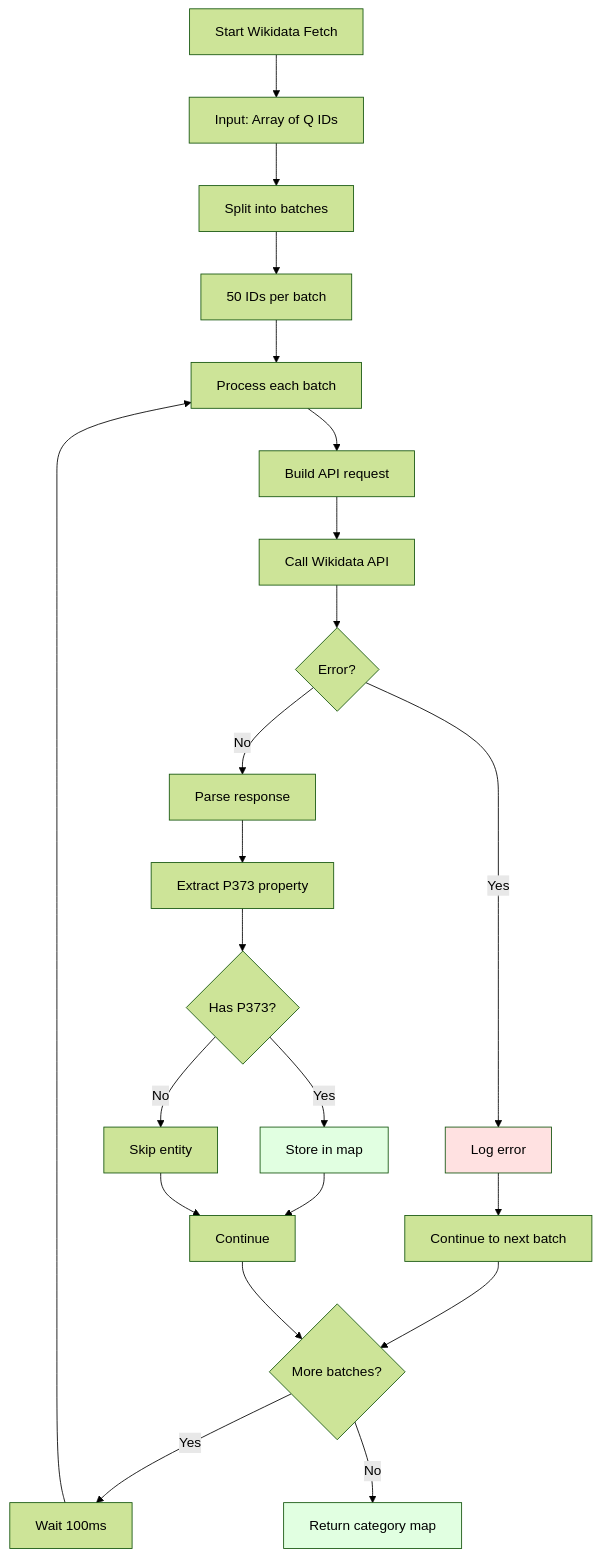
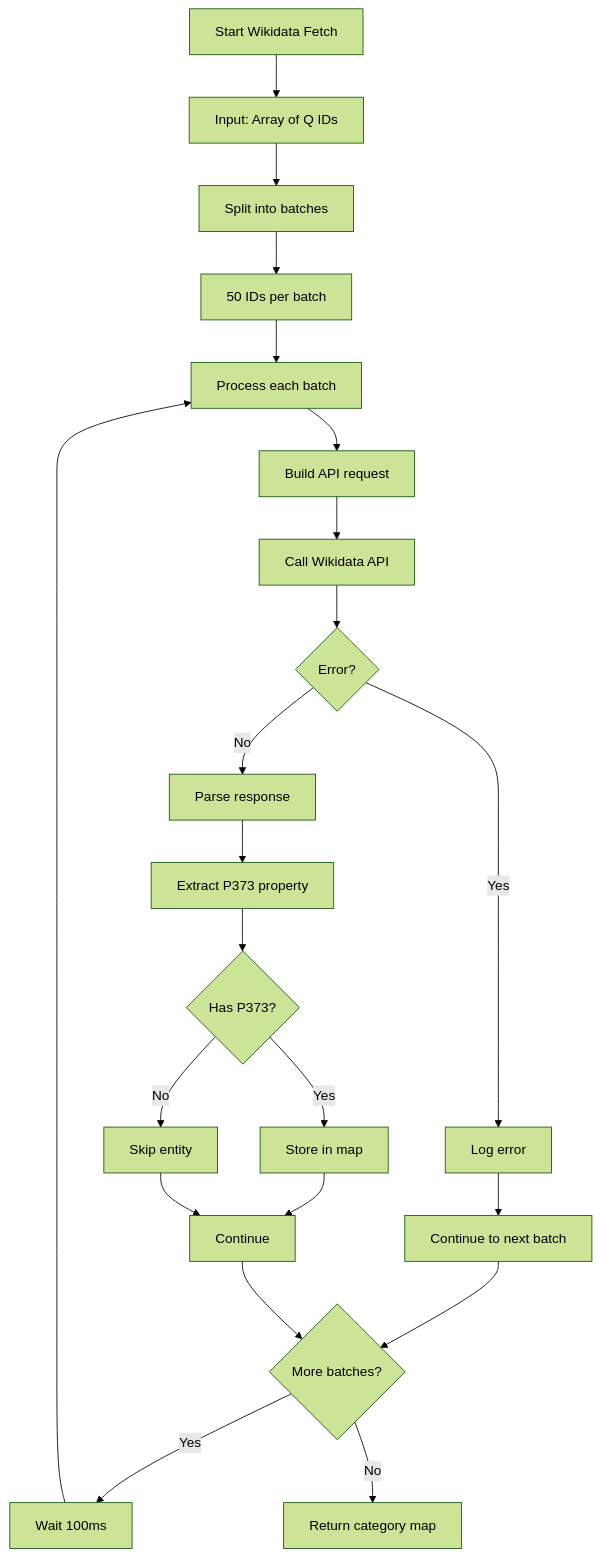
One commit to DaxServer/geocode-commons-categories changed diagram 11 of 19 in docs/import/api-interactions.md. Above: the diagram before and after it, drawn with Mermaid (forest theme). The commit also changed other lines of this file and 5 other files, not shown here.

````diff
--- a/docs/import/api-interactions.md
+++ b/docs/import/api-interactions.md
@@ -316,40 +291,37 @@
 ```mermaid
 graph TD
     START[Start Wikidata Fetch] --> INPUT[Input: Array of Q IDs]
 
     INPUT --> SPLIT[Split into batches]
     SPLIT --> BATCH_SIZE[50 IDs per batch]
 
     BATCH_SIZE --> PROCESS[Process each batch]
 
     PROCESS --> BUILD_REQUEST[Build API request]
     BUILD_REQUEST --> API_CALL[Call Wikidata API]
 
     API_CALL --> CHECK_ERROR{Error?}
 
     CHECK_ERROR -->|No| PARSE[Parse response]
     CHECK_ERROR -->|Yes| LOG_ERROR[Log error]
     LOG_ERROR --> CONTINUE_1[Continue to next batch]
 
     PARSE --> EXTRACT[Extract P373 property]
 
     EXTRACT --> HAS_P373{Has P373?}
 
     HAS_P373 -->|Yes| STORE[Store in map]
     HAS_P373 -->|No| SKIP[Skip entity]
 
     STORE --> CONTINUE_2[Continue]
     SKIP --> CONTINUE_2
 
     CONTINUE_1 --> MORE_BATCHES{More batches?}
     CONTINUE_2 --> MORE_BATCHES
 
     MORE_BATCHES -->|Yes| DELAY[Wait 100ms]
     DELAY --> PROCESS
 
     MORE_BATCHES -->|No| COMPLETE[Return category map]
 
-    style STORE fill:#e1ffe1
-    style COMPLETE fill:#e1ffe1
-    style LOG_ERROR fill:#ffe1e1
 ```
````
